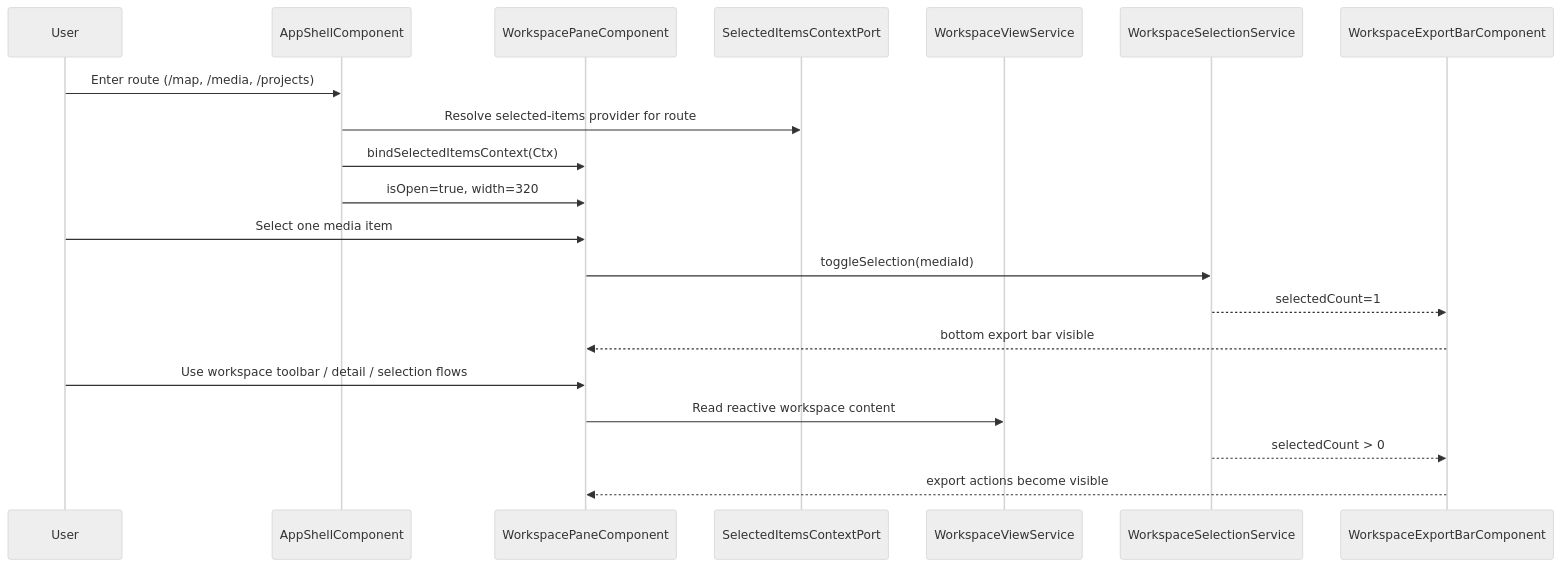
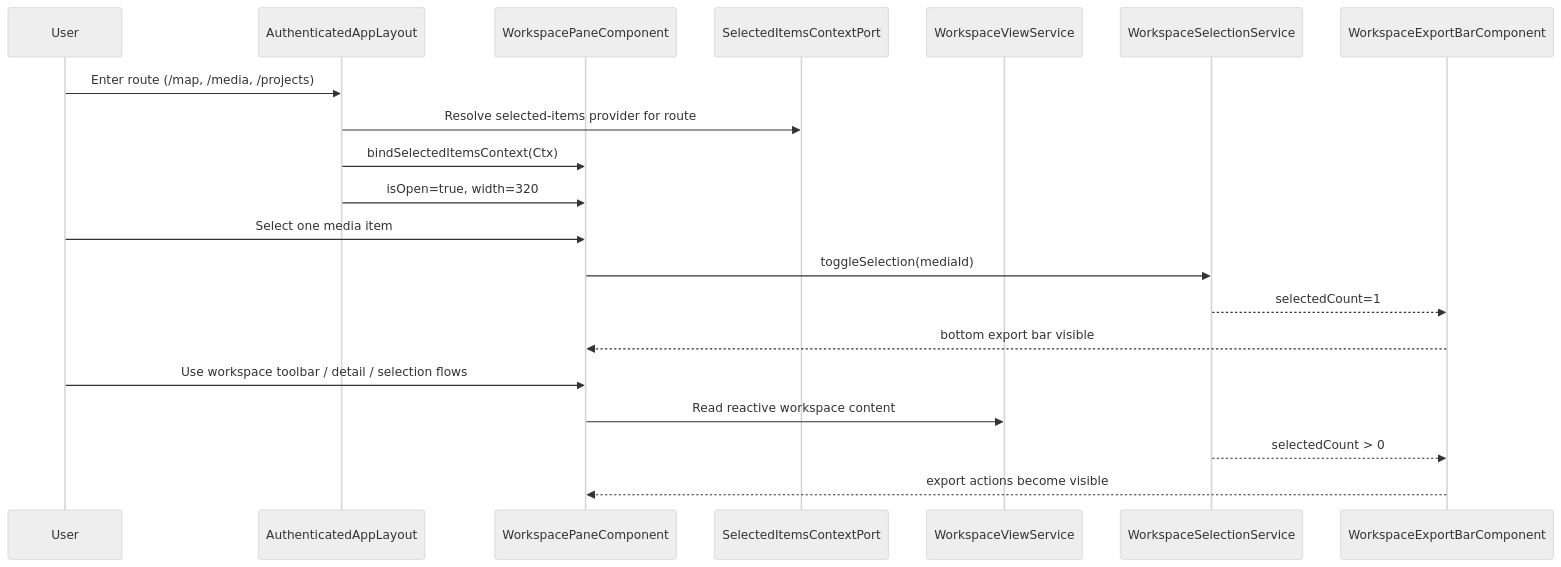
Before and after one commit to matkleve/feldpost: the fourth of 5 diagrams in docs/specs/ui/workspace/workspace-pane.md, drawn with Mermaid (neutral theme). The commit also changed other lines of this file and 26 other files, not shown here.

````diff
--- a/docs/specs/ui/workspace/workspace-pane.md
+++ b/docs/specs/ui/workspace/workspace-pane.md
@@ -221,23 +246,23 @@
 ```mermaid
 sequenceDiagram
   participant User
-  participant Shell as AppShellComponent
+  participant Shell as AuthenticatedAppLayout
   participant Pane as WorkspacePaneComponent
   participant Ctx as SelectedItemsContextPort
   participant View as WorkspaceViewService
   participant Sel as WorkspaceSelectionService
   participant Export as WorkspaceExportBarComponent
 
   User->>Shell: Enter route (/map, /media, /projects)
   Shell->>Ctx: Resolve selected-items provider for route
   Shell->>Pane: bindSelectedItemsContext(Ctx)
   Shell->>Pane: isOpen=true, width=320
   User->>Pane: Select one media item
   Pane->>Sel: toggleSelection(mediaId)
   Sel-->>Export: selectedCount=1
   Export-->>Pane: bottom export bar visible
   User->>Pane: Use workspace toolbar / detail / selection flows
   Pane->>View: Read reactive workspace content
   Sel-->>Export: selectedCount > 0
   Export-->>Pane: export actions become visible
 ```
````
